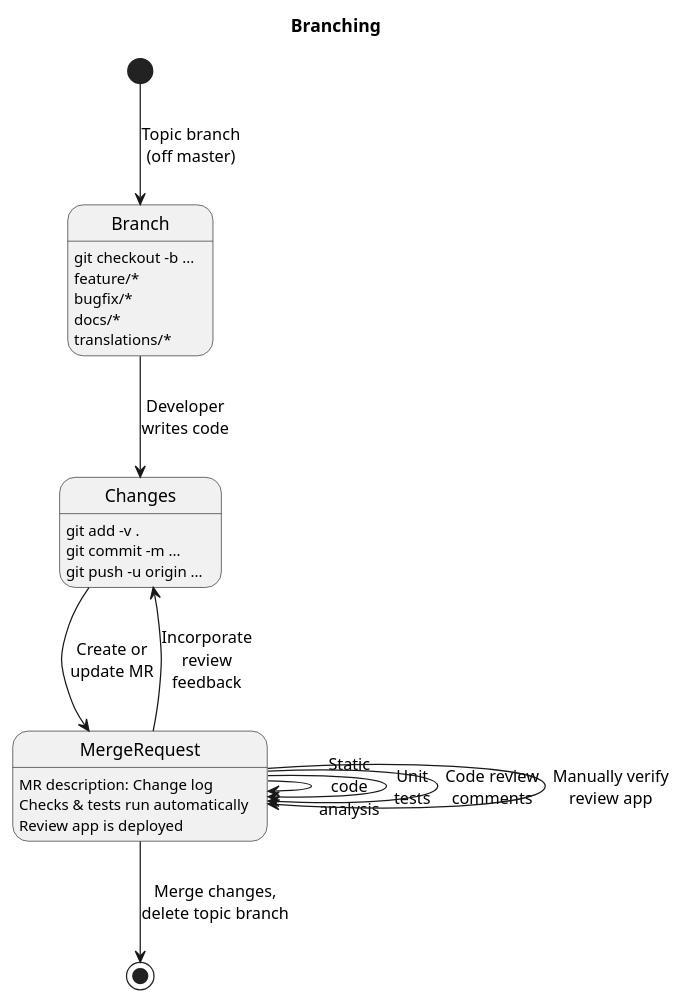
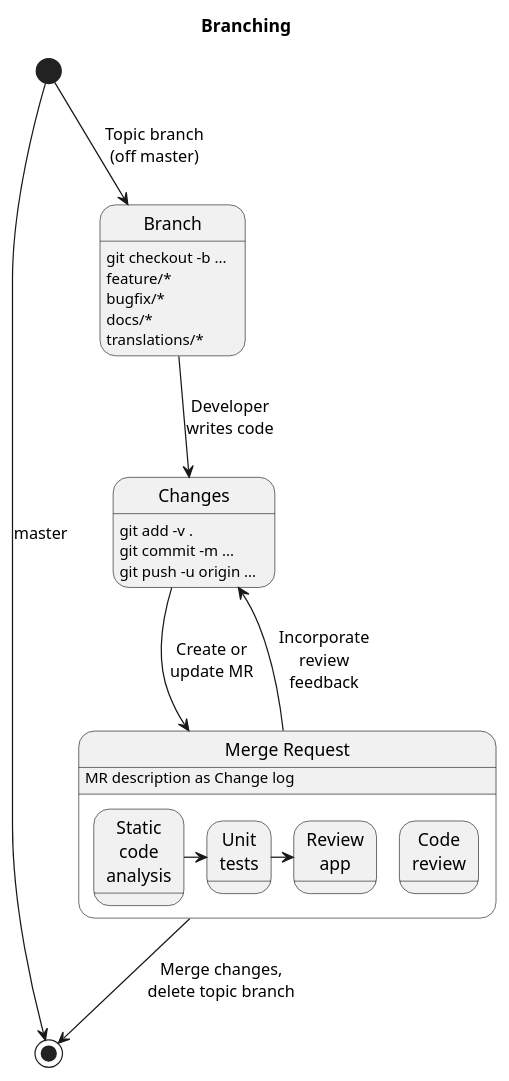
One commit to painless-software/devops-education-kit changed the diagram in devops-branching.md. Above: the diagram before and after it, drawn with PlantUML.

Commit message:
Depict main branch, use composite for MR

````diff
--- a/devops-branching.md
+++ b/devops-branching.md
@@ -11,31 +11,38 @@
 ```plantuml
 @startuml
 title Branching
+
+[*] --> [*]: master
 
 [*] --> Branch : Topic branch\n(off master)
 Branch : git checkout -b ...
 Branch : feature/*
 Branch : bugfix/*
 Branch : docs/*
 Branch : translations/*
 
 Branch --> Changes : Developer\nwrites code
 Changes : git add -v .
 Changes : git commit -m ...
 Changes : git push -u origin ...
 
-Changes -> MergeRequest : Create or\nupdate MR
-MergeRequest : MR description: Change log
-MergeRequest : Checks & tests run automatically
-MergeRequest : Review app is deployed
+Changes --> mr : Create or\nupdate MR
+mr : MR description as Change log
 
-MergeRequest -> MergeRequest : Static\ncode\nanalysis
-MergeRequest -> MergeRequest : Unit\ntests
-MergeRequest -> MergeRequest : Code review\ncomments
-MergeRequest -> MergeRequest : Manually verify\nreview app
-MergeRequest --> Changes : Incorporate\nreview\nfeedback
+state "Merge Request" as mr {
+  state "Static\ncode\nanalysis" as checks
+  state "Unit\ntests" as tests
+  state "Review\napp" as reviewapp
 
-MergeRequest --> [*] : Merge changes,\ndelete topic branch
+  checks -> tests
+  tests -> reviewapp
+
+  state "Code\nreview" as codereview
+}
+
+mr --> Changes : Incorporate\nreview\nfeedback
+
+mr --> [*] : Merge changes,\ndelete topic branch
 
 @enduml
 ```
````
